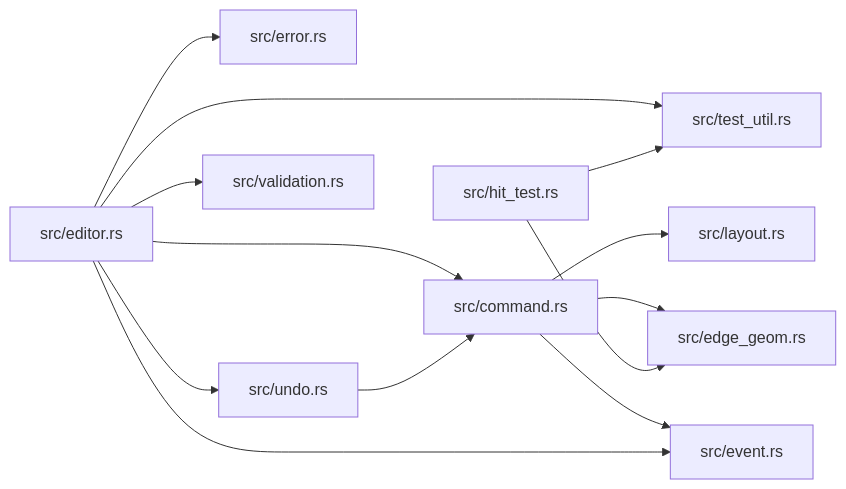
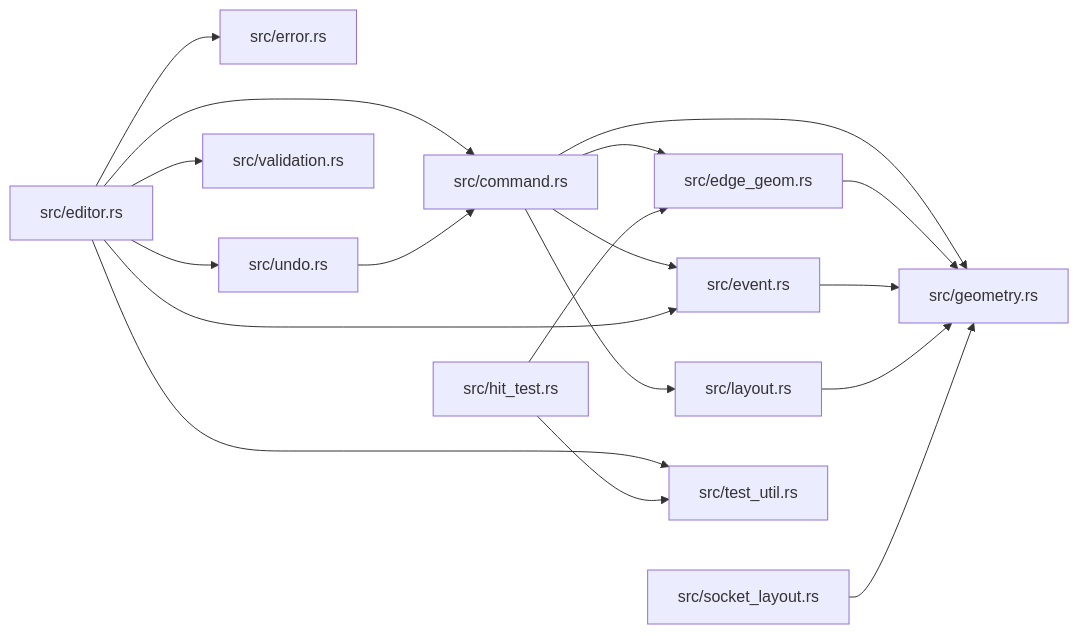
Before and after one commit to xcrtp/zela: the diagram in docs/modules/zela-node-editor.md, drawn with Mermaid. The commit also changed other lines of this file and 154 other files, not shown here.

````diff
--- a/docs/modules/zela-node-editor.md
+++ b/docs/modules/zela-node-editor.md
@@ -37,25 +37,32 @@
 ```mermaid
 graph LR
     f0["src/command.rs"]
     f1["src/edge_geom.rs"]
-    f4["src/editor.rs"]
-    f5["src/error.rs"]
+    f5["src/editor.rs"]
+    f6["src/error.rs"]
     f2["src/event.rs"]
-    f9["src/hit_test.rs"]
-    f3["src/layout.rs"]
-    f6["src/test_util.rs"]
-    f7["src/undo.rs"]
-    f8["src/validation.rs"]
+    f3["src/geometry.rs"]
+    f10["src/hit_test.rs"]
+    f4["src/layout.rs"]
+    f11["src/socket_layout.rs"]
+    f7["src/test_util.rs"]
+    f8["src/undo.rs"]
+    f9["src/validation.rs"]
     f0 --> f1
     f0 --> f2
     f0 --> f3
-    f4 --> f0
-    f4 --> f5
-    f4 --> f2
-    f4 --> f6
-    f4 --> f7
-    f4 --> f8
-    f9 --> f1
-    f9 --> f6
-    f7 --> f0
+    f0 --> f4
+    f1 --> f3
+    f5 --> f0
+    f5 --> f6
+    f5 --> f2
+    f5 --> f7
+    f5 --> f8
+    f5 --> f9
+    f2 --> f3
+    f10 --> f1
+    f10 --> f7
+    f4 --> f3
+    f11 --> f3
+    f8 --> f0
 ```
````
